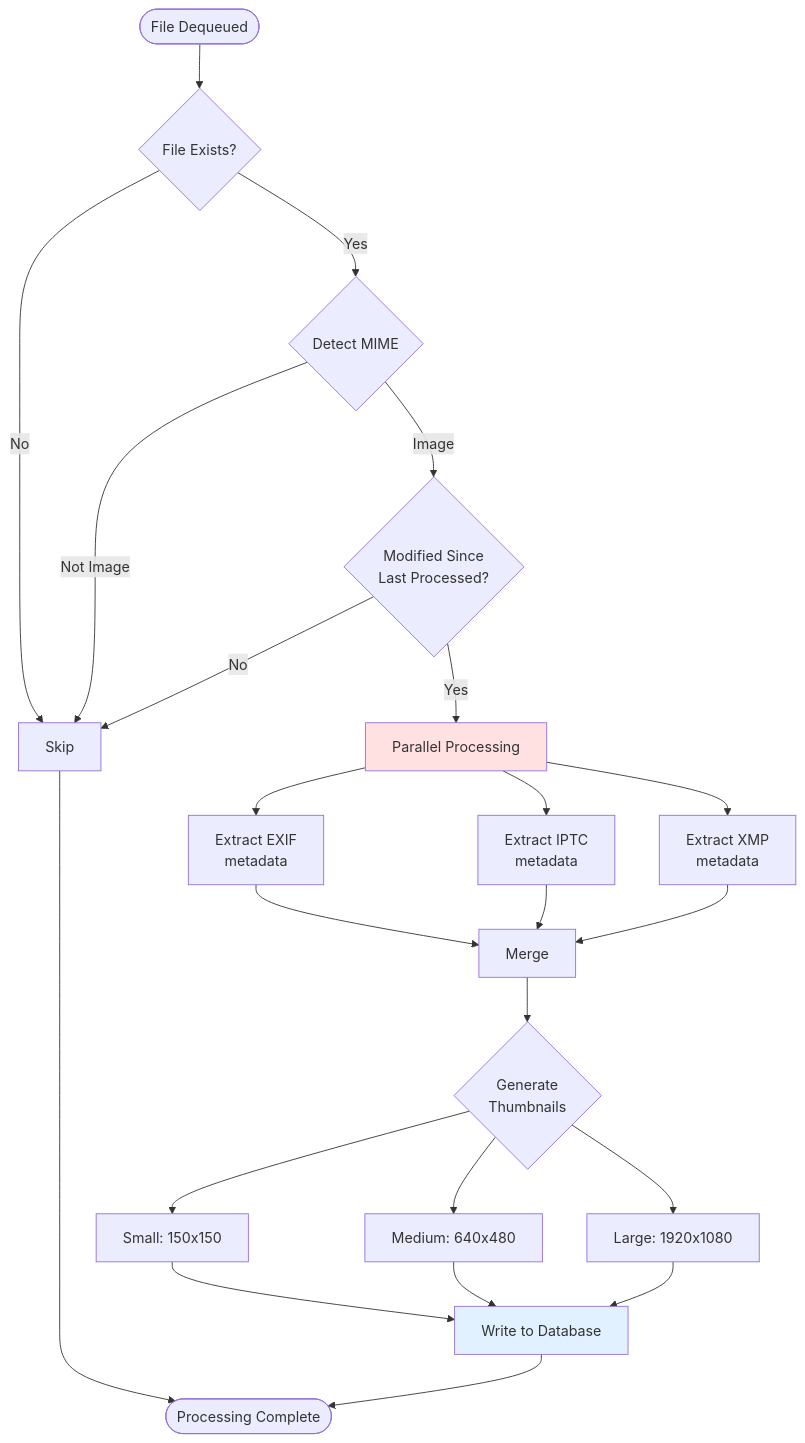
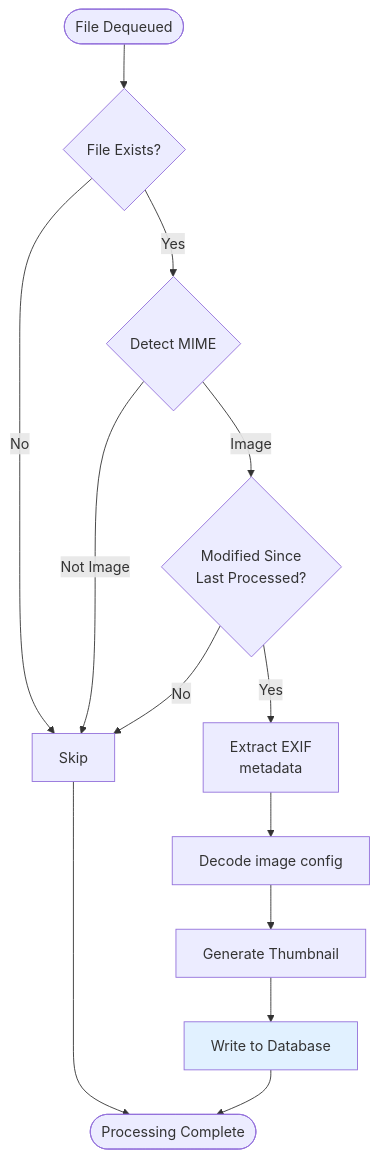
The eighth of 21 diagrams in docs/ARCHITECTURE.md (lbe/sfpg-go), drawn with Mermaid before and after one commit. The commit also changed other lines of this file and 180 other files, not shown here.

````diff
--- a/docs/ARCHITECTURE.md
+++ b/docs/ARCHITECTURE.md
@@ -502,35 +546,21 @@
 ```mermaid
 flowchart TD
     Start([File Dequeued]) --> Exists{File Exists?}
     Exists -->|No| Skip
     Exists -->|Yes| MIME{Detect MIME}
 
     MIME -->|Not Image| Skip
     MIME -->|Image| Modified{Modified Since<br/>Last Processed?}
 
     Modified -->|No| Skip
-    Modified -->|Yes| Parallel[Parallel Processing]
+    Modified -->|Yes| EXIF[Extract EXIF<br/>metadata]
 
-    Parallel --> EXIF[Extract EXIF<br/>metadata]
-    Parallel --> IPTC[Extract IPTC<br/>metadata]
-    Parallel --> XMP[Extract XMP<br/>metadata]
-
-    EXIF --> Merge
-    IPTC --> Merge
-    XMP --> Merge
-
-    Merge --> ThumbGen{Generate<br/>Thumbnails}
-    ThumbGen --> Small[Small: 150x150]
-    ThumbGen --> Medium[Medium: 640x480]
-    ThumbGen --> Large[Large: 1920x1080]
-
-    Small --> WriteDB[Write to Database]
-    Medium --> WriteDB
-    Large --> WriteDB
+    EXIF --> Decode[Decode image config]
+    Decode --> ThumbGen[Generate Thumbnail]
+    ThumbGen --> WriteDB[Write to Database]
 
     WriteDB --> Done([Processing Complete])
     Skip --> Done
 
-    style Parallel fill:#ffe1e1
     style WriteDB fill:#e1f1ff
 ```
````
